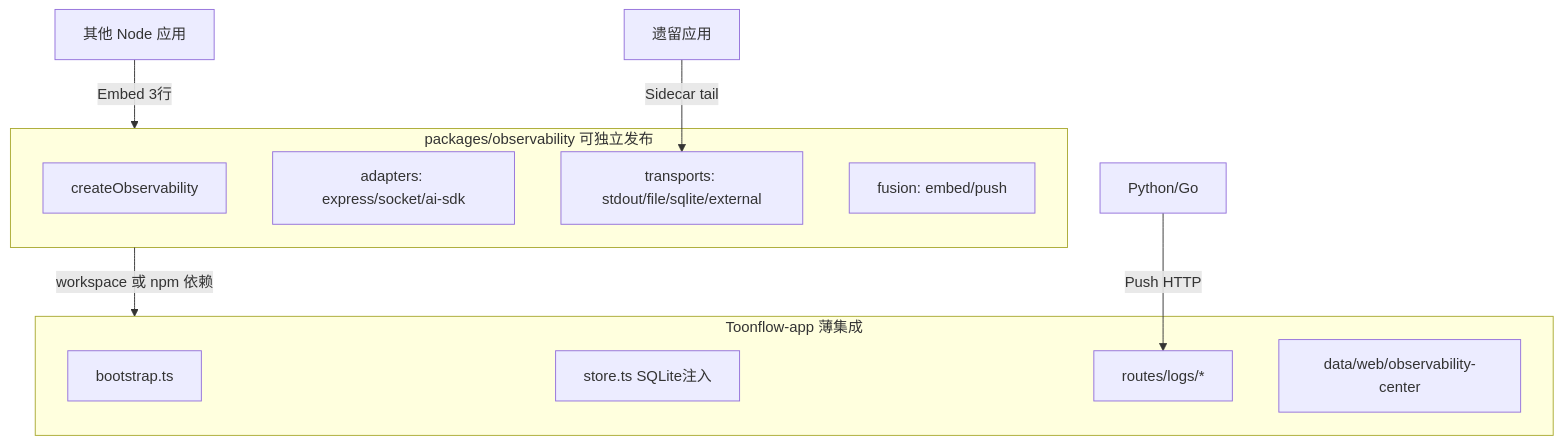
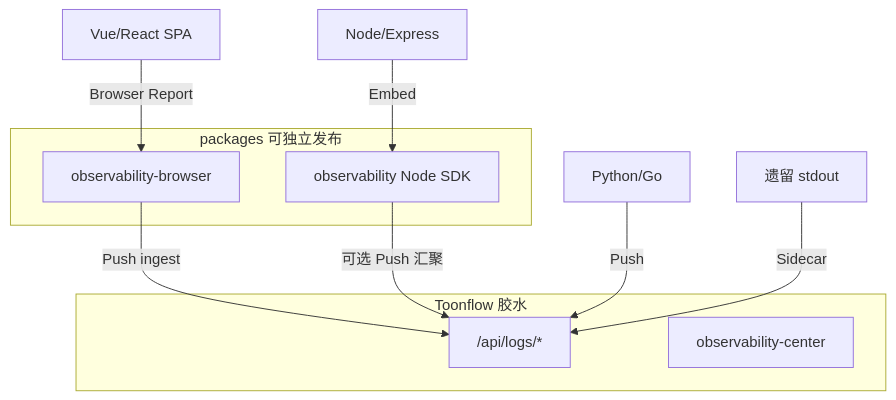
One commit to licde/Toonflow-app changed the first of 2 diagrams in packages/日志模块独立拆分_2b223c09.plan.md. Above: the diagram before and after it, drawn with Mermaid. The commit also changed other lines of this file and 47 other files, not shown here.

````diff
--- a/packages/日志模块独立拆分_2b223c09.plan.md
+++ b/packages/日志模块独立拆分_2b223c09.plan.md
@@ -37,19 +45,17 @@
 ```mermaid
 flowchart TB
-  subgraph pkg ["packages/observability 可独立发布"]
-    OBS[createObservability]
-    ADP[adapters: express/socket/ai-sdk]
-    TR[transports: stdout/file/sqlite/external]
-    FUS[fusion: embed/push]
+  subgraph pkg [packages 可独立发布]
+    OBS[observability Node SDK]
+    BR[observability-browser]
   end
-  subgraph host ["Toonflow-app 薄集成"]
-    BOOT[bootstrap.ts]
-    STORE[store.ts SQLite注入]
-    API[routes/logs/*]
-    UI[data/web/observability-center]
+  subgraph host [Toonflow 胶水]
+    API["/api/logs/*"]
+    UI[observability-center]
   end
-  pkg -->|workspace 或 npm 依赖| host
-  OTHER[其他 Node 应用] -->|Embed 3行| pkg
-  PY[Python/Go] -->|Push HTTP| API
-  LEGACY[遗留应用] -->|Sidecar tail| TR
+  NodeApp[Node/Express] -->|Embed| OBS
+  WebApp[Vue/React SPA] -->|Browser Report| BR
+  BR -->|Push ingest| API
+  PyGo[Python/Go] -->|Push| API
+  Legacy[遗留 stdout] -->|Sidecar| API
+  OBS -->|可选 Push 汇聚| API
 ```
````
